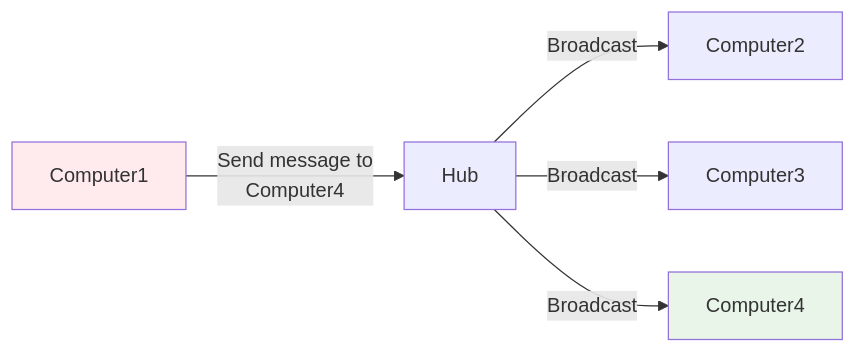
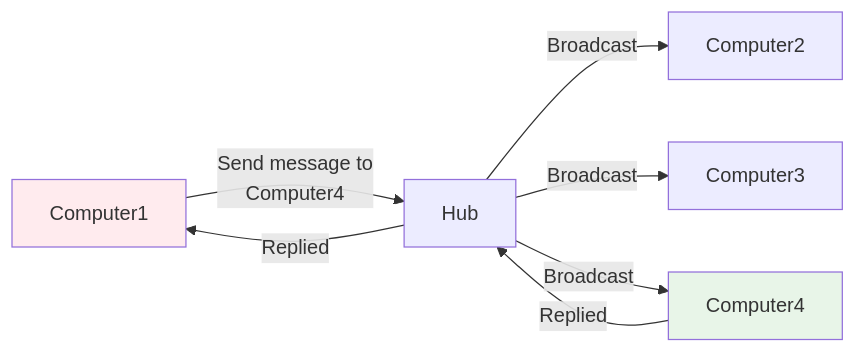
One commit to lawrence-innovative-tech/java changed the diagram in Networking ccna (Cisco )/Fundamentals/LAN (Local Area Network).md. Above: the diagram before and after it, drawn with Mermaid. The commit also changed other lines of this file, not shown here.

````diff
--- a/Networking ccna (Cisco )/Fundamentals/LAN (Local Area Network).md
+++ b/Networking ccna (Cisco )/Fundamentals/LAN (Local Area Network).md
@@ -16,10 +17,13 @@
 ```mermaid
 graph LR
     c1[Computer1] -->|Send message to <br> Computer4| H[Hub]
     H -->|Broadcast| c2[Computer2]
     H -->|Broadcast| c3[Computer3]
     H -->|Broadcast| c4[Computer4]
     
+    c4 -->|Replied| H
+     H --> |Replied| c1[Computer1]
+    
     style c1 fill:#ffebee
     style c4 fill:#e8f5e8
 ```
````
